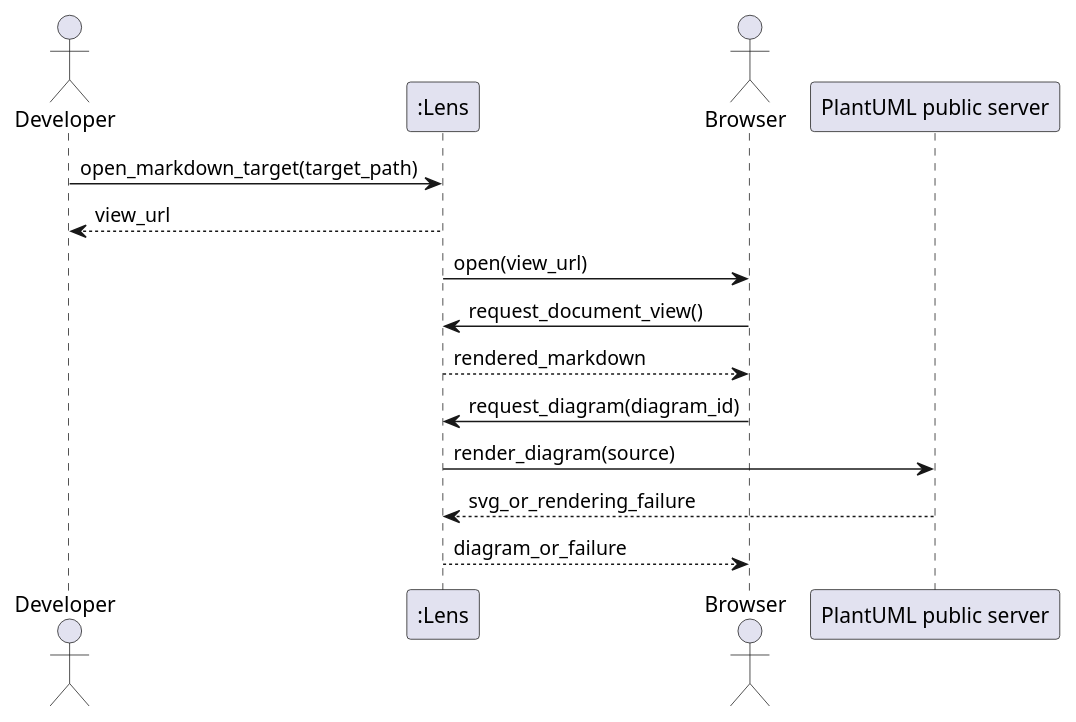
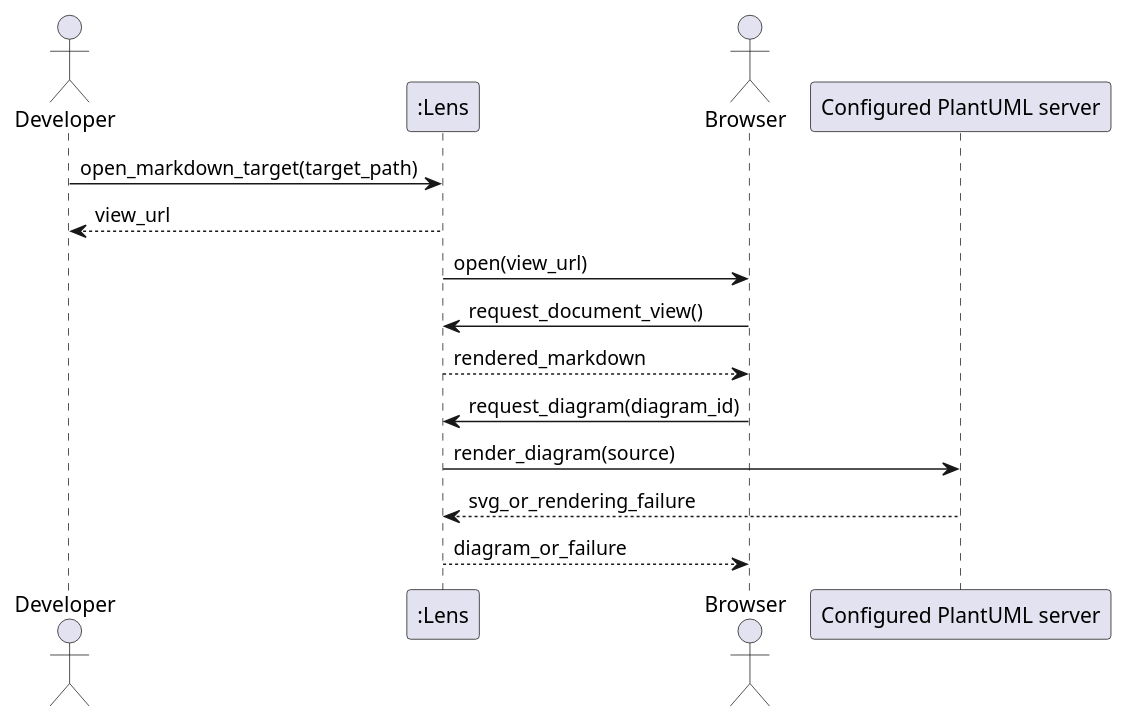
Before and after one commit to sirius-cc-wu/lens: the diagram in docs/features/markdown-viewing/ssd-01-open-markdown-target.md, drawn with PlantUML. The commit also changed other lines of this file and 16 other files, not shown here.

Commit message:
docs: elaborate server-only PlantUML rendering

````diff
--- a/docs/features/markdown-viewing/ssd-01-open-markdown-target.md
+++ b/docs/features/markdown-viewing/ssd-01-open-markdown-target.md
@@ -25,18 +25,18 @@
 ```plantuml
 @startuml
 actor Developer
 participant ":Lens" as Lens
 actor Browser
-participant "PlantUML public server" as PlantUML
+participant "Configured PlantUML server" as PlantUML
 
 Developer -> Lens: open_markdown_target(target_path)
 Lens --> Developer: view_url
 Lens -> Browser: open(view_url)
 Browser -> Lens: request_document_view()
 Lens --> Browser: rendered_markdown
 Browser -> Lens: request_diagram(diagram_id)
 Lens -> PlantUML: render_diagram(source)
 PlantUML --> Lens: svg_or_rendering_failure
 Lens --> Browser: diagram_or_failure
 @enduml
 ```
````
